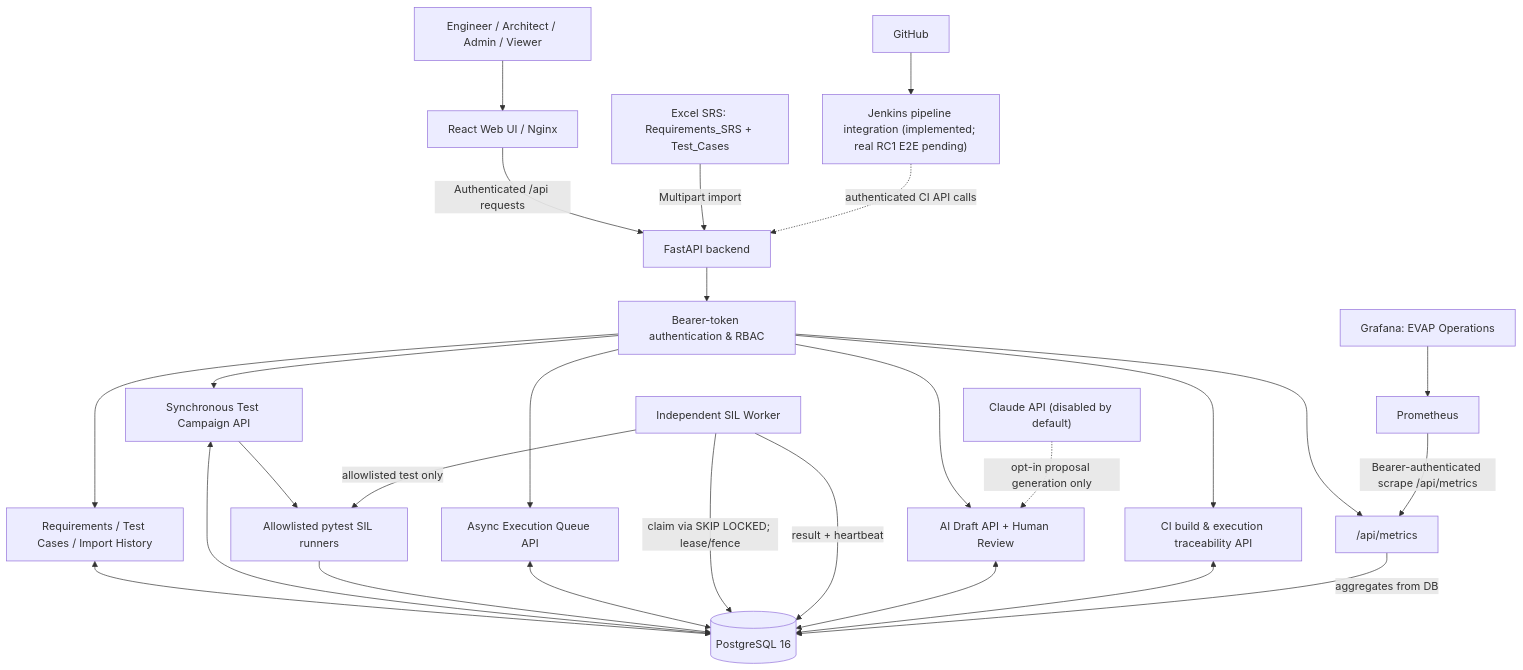
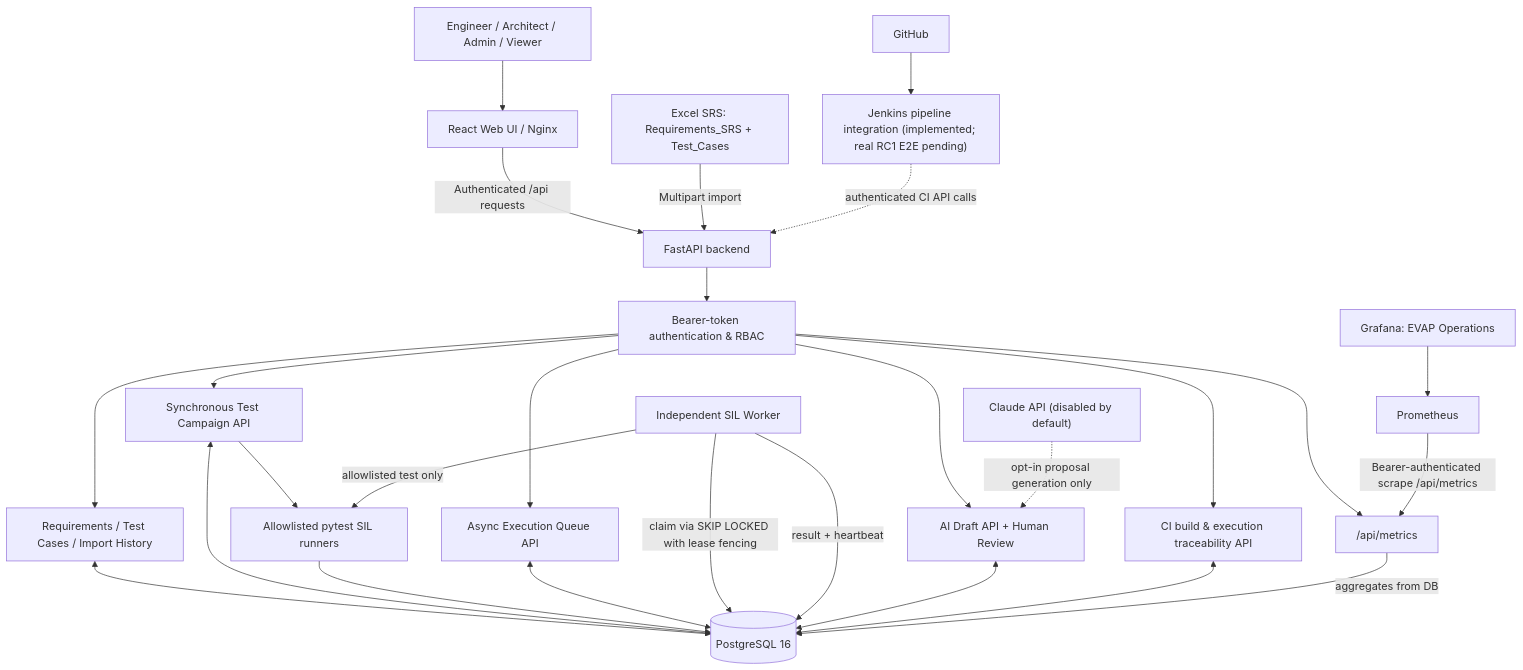
The first of 4 diagrams in projects/embedded-validation-platform/docs/architecture/ARCHITECTURE.md (sydibyd/intelligent-systems-lab), drawn with Mermaid before and after one commit. The commit also changed other lines of this file, not shown here.

Commit message:
docs(evap): fix Mermaid sequence syntax and acceptance report link

````diff
--- a/projects/embedded-validation-platform/docs/architecture/ARCHITECTURE.md
+++ b/projects/embedded-validation-platform/docs/architecture/ARCHITECTURE.md
@@ -12,29 +12,29 @@
 ```mermaid
 flowchart TB
     USER["Engineer / Architect / Admin / Viewer"] --> UI["React Web UI / Nginx"]
     UI -->|"Authenticated /api requests"| API["FastAPI backend"]
     SRS["Excel SRS: Requirements_SRS + Test_Cases"] -->|"Multipart import"| API
     API --> AUTH["Bearer-token authentication & RBAC"]
     AUTH --> REQ["Requirements / Test Cases / Import History"]
     AUTH --> CAM["Synchronous Test Campaign API"]
     AUTH --> QUEUE["Async Execution Queue API"]
     AUTH --> AI["AI Draft API + Human Review"]
     AUTH --> TRACE["CI build & execution traceability API"]
     AUTH --> METRICS["/api/metrics"]
     REQ <--> PG[("PostgreSQL 16")]
     CAM <--> PG
     CAM --> RUN["Allowlisted pytest SIL runners"]
     RUN --> PG
     QUEUE <--> PG
-    WORKER["Independent SIL Worker"] -->|"claim via SKIP LOCKED; lease/fence"| PG
+    WORKER["Independent SIL Worker"] -->|"claim via SKIP LOCKED with lease fencing"| PG
     WORKER -->|"allowlisted test only"| RUN
     WORKER -->|"result + heartbeat"| PG
     AI <--> PG
     TRACE <--> PG
     METRICS -->|"aggregates from DB"| PG
     PROM["Prometheus"] -->|"Bearer-authenticated scrape /api/metrics"| METRICS
     GRAF["Grafana: EVAP Operations"] --> PROM
     GIT["GitHub"] --> CI["Jenkins pipeline integration (implemented; real RC1 E2E pending)"]
     CI -.->|"authenticated CI API calls"| API
     CLAUDE["Claude API (disabled by default)"] -.->|"opt-in proposal generation only"| AI
 ```
````
